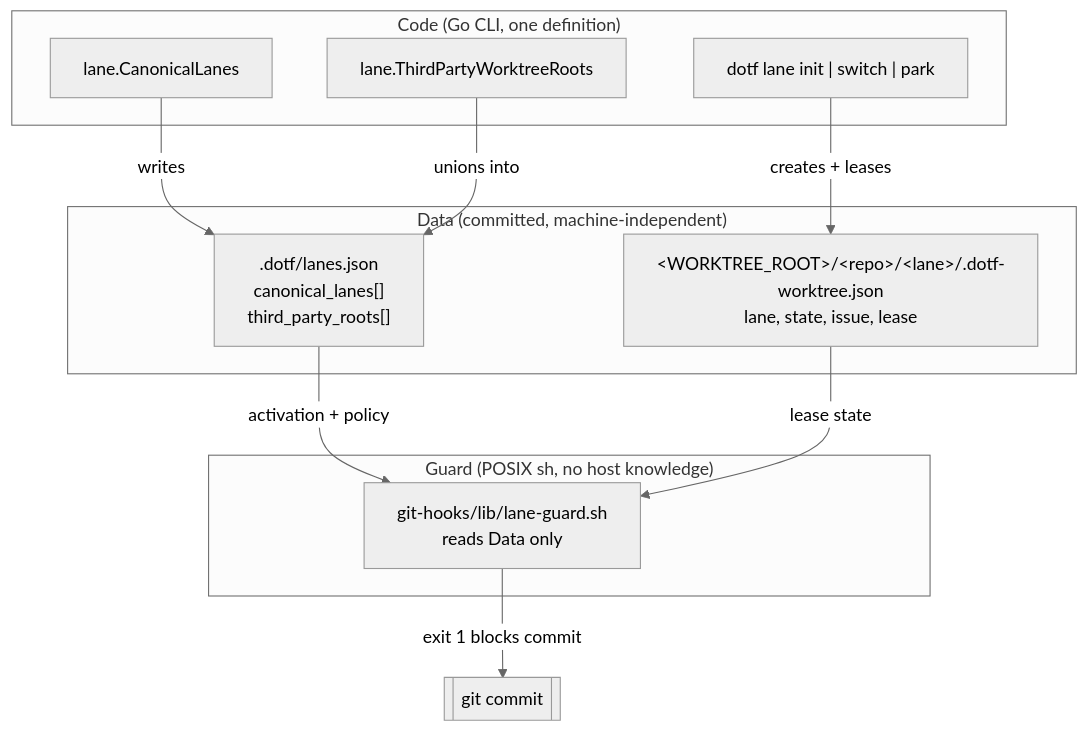
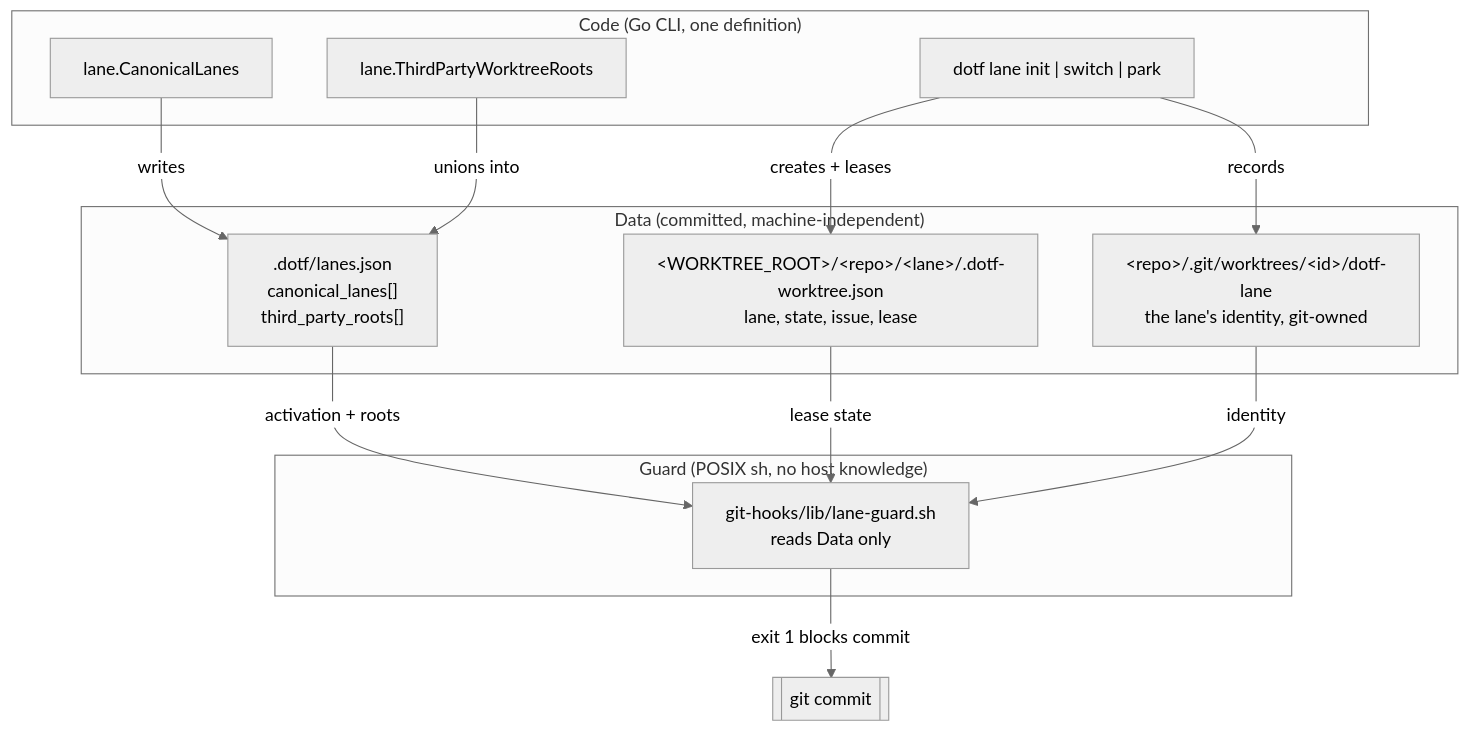
One commit to mlorentedev/dotfiles changed the first of 3 diagrams in docs/runbooks/guide-persistent-named-lanes.md. Above: the diagram before and after it, drawn with Mermaid (neutral theme). The commit also changed other lines of this file and 2 other files, not shown here.

Commit message:
docs(lanes): record the identity in the worktree git dir, ADR-061 and lesson 579 (#3261)

````diff
--- a/docs/runbooks/guide-persistent-named-lanes.md
+++ b/docs/runbooks/guide-persistent-named-lanes.md
@@ -12,21 +12,24 @@
 ```mermaid
 flowchart TB
   subgraph Data["Data (committed, machine-independent)"]
     M[".dotf/lanes.json<br/>canonical_lanes[]<br/>third_party_roots[]"]
     W["&lt;WORKTREE_ROOT&gt;/&lt;repo&gt;/&lt;lane&gt;/.dotf-worktree.json<br/>lane, state, issue, lease"]
+    I["&lt;repo&gt;/.git/worktrees/&lt;id&gt;/dotf-lane<br/>the lane's identity, git-owned"]
   end
   subgraph Code["Code (Go CLI, one definition)"]
     C1["lane.CanonicalLanes"]
     C2["lane.ThirdPartyWorktreeRoots"]
     C3["dotf lane init | switch | park"]
   end
   subgraph Guard["Guard (POSIX sh, no host knowledge)"]
     G["git-hooks/lib/lane-guard.sh<br/>reads Data only"]
   end
   C1 -->|writes| M
   C2 -->|unions into| M
   C3 -->|creates + leases| W
-  M -->|activation + policy| G
+  C3 -->|records| I
+  M -->|activation + roots| G
   W -->|lease state| G
+  I -->|identity| G
   G -->|exit 1 blocks commit| Git[["git commit"]]
 ```
````
